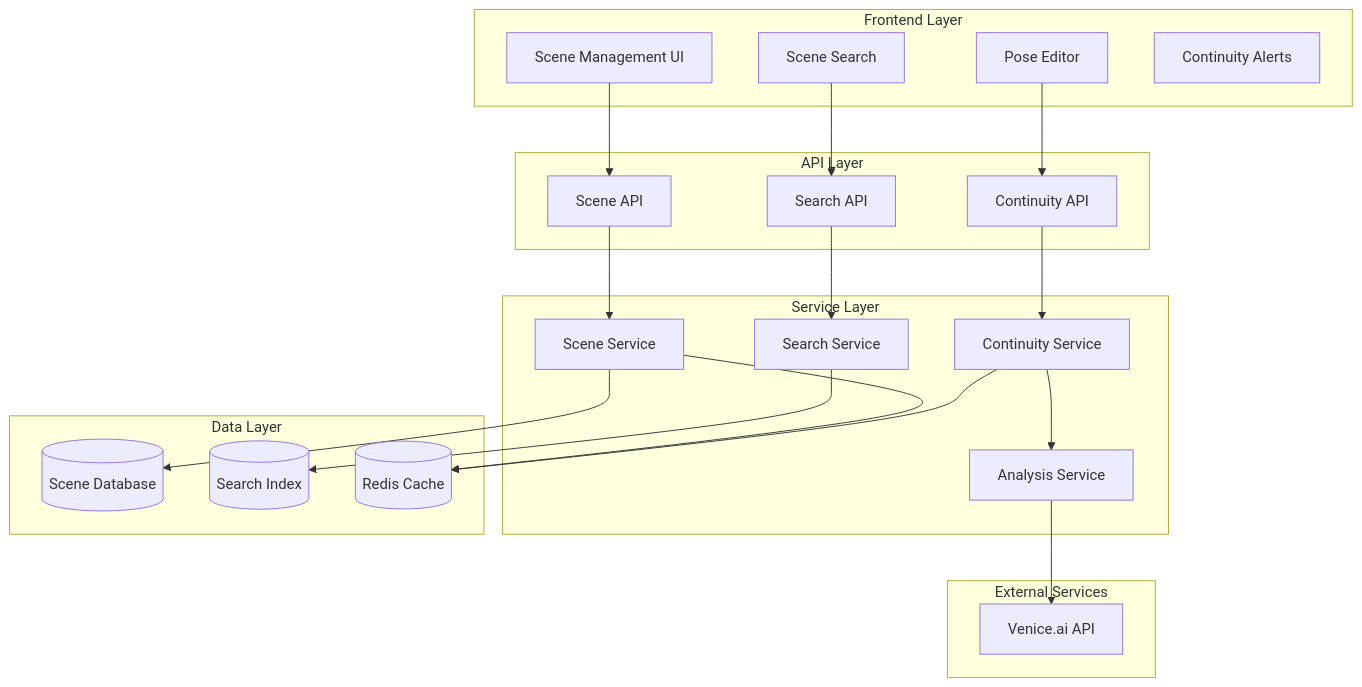
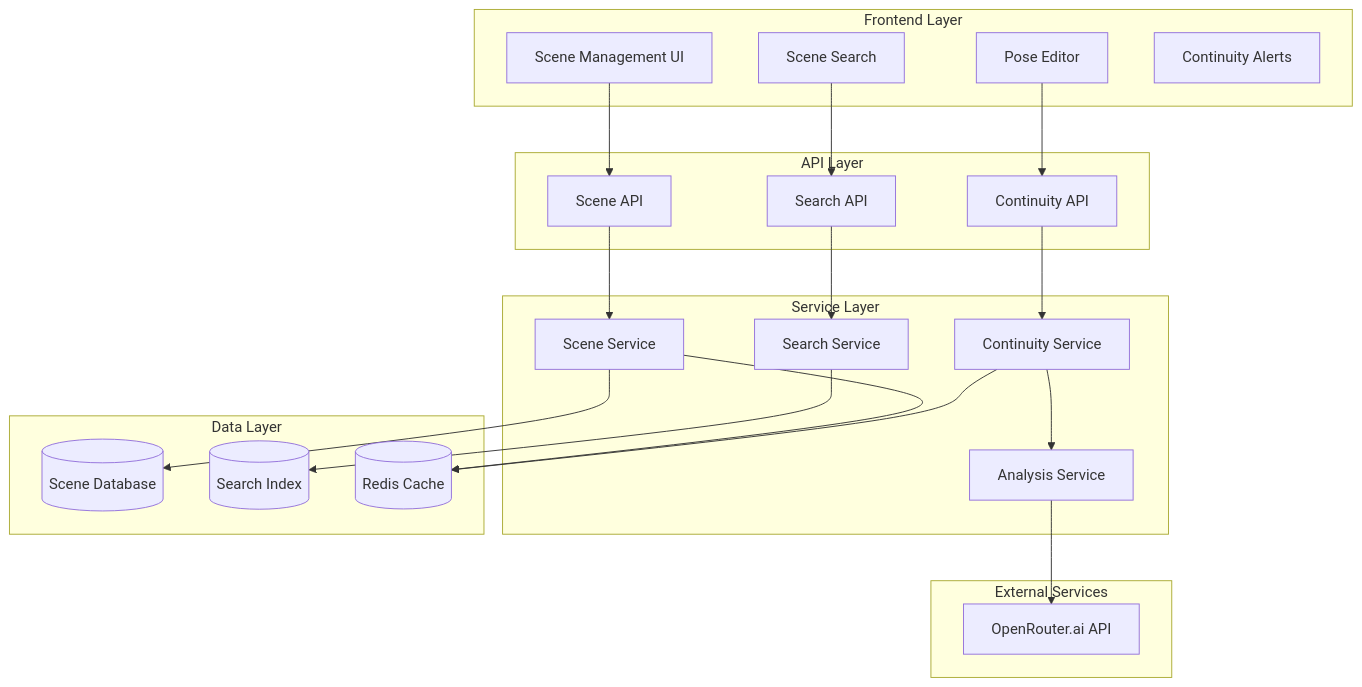
The first of 2 diagrams in .kiro/specs/scene-memory-continuity/design.md (lcanady/poseweaver), drawn with Mermaid before and after one commit. The commit also changed other lines of this file and 261 other files, not shown here.

````diff
--- a/.kiro/specs/scene-memory-continuity/design.md
+++ b/.kiro/specs/scene-memory-continuity/design.md
@@ -13,48 +13,48 @@
 ```mermaid
 graph TB
     subgraph "Frontend Layer"
         UI[Scene Management UI]
         Editor[Pose Editor]
         Search[Scene Search]
         Alerts[Continuity Alerts]
     end
     
     subgraph "API Layer"
         SceneAPI[Scene API]
         ContinuityAPI[Continuity API]
         SearchAPI[Search API]
     end
     
     subgraph "Service Layer"
         SceneService[Scene Service]
         ContinuityService[Continuity Service]
         AnalysisService[Analysis Service]
         SearchService[Search Service]
     end
     
     subgraph "Data Layer"
         SceneDB[(Scene Database)]
         SearchIndex[(Search Index)]
         Cache[(Redis Cache)]
     end
     
     subgraph "External Services"
-        VeniceAI[Venice.ai API]
+        OpenRouterAI[OpenRouter.ai API]
     end
     
     UI --> SceneAPI
     Editor --> ContinuityAPI
     Search --> SearchAPI
     
     SceneAPI --> SceneService
     ContinuityAPI --> ContinuityService
     SearchAPI --> SearchService
     
     SceneService --> SceneDB
     ContinuityService --> AnalysisService
-    AnalysisService --> VeniceAI
+    AnalysisService --> OpenRouterAI
     SearchService --> SearchIndex
     
     SceneService --> Cache
     ContinuityService --> Cache
 ```
````
